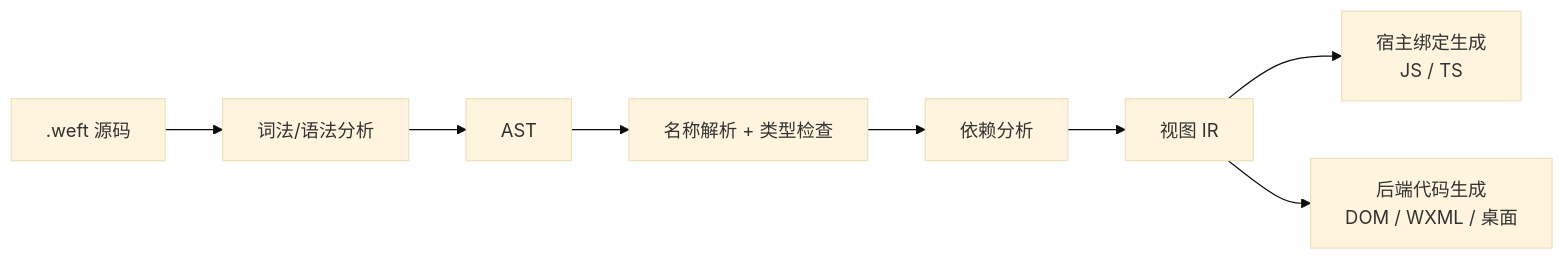
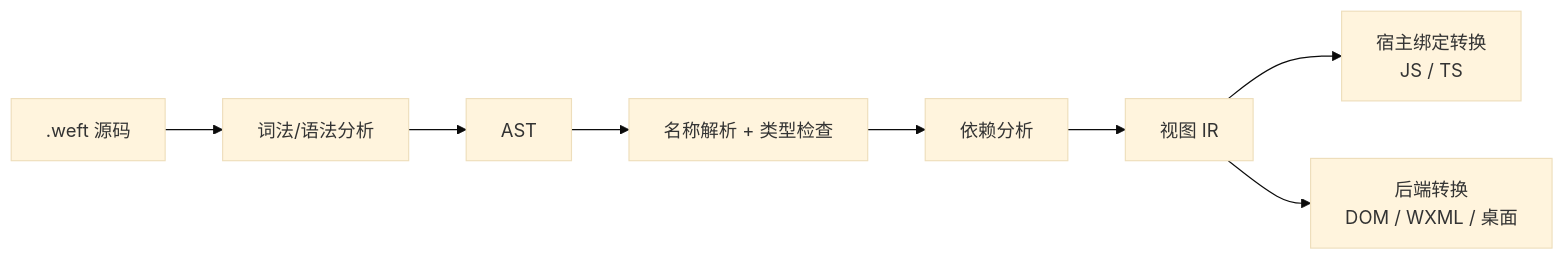
The second of 2 diagrams in docs/PLAN.md (MioYiSama/weft-ui), drawn with Mermaid (base theme) before and after one commit. The commit also changed other lines of this file and 285 other files, not shown here.

````diff
--- a/docs/PLAN.md
+++ b/docs/PLAN.md
@@ -199,10 +199,10 @@
 ```mermaid
 flowchart LR
   Src[.weft 源码] --> Parse[词法/语法分析]
   Parse --> AST
   AST --> Sema[名称解析 + 类型检查]
   Sema --> Dep[依赖分析]
   Dep --> IR[视图 IR]
-  IR --> HostGen[宿主绑定生成<br/>JS / TS]
-  IR --> BackendGen[后端代码生成<br/>DOM / WXML / 桌面]
+  IR --> Bridge[宿主绑定转换<br/>JS / TS]
+  IR --> Backend[后端转换<br/>DOM / WXML / 桌面]
 ```
````
